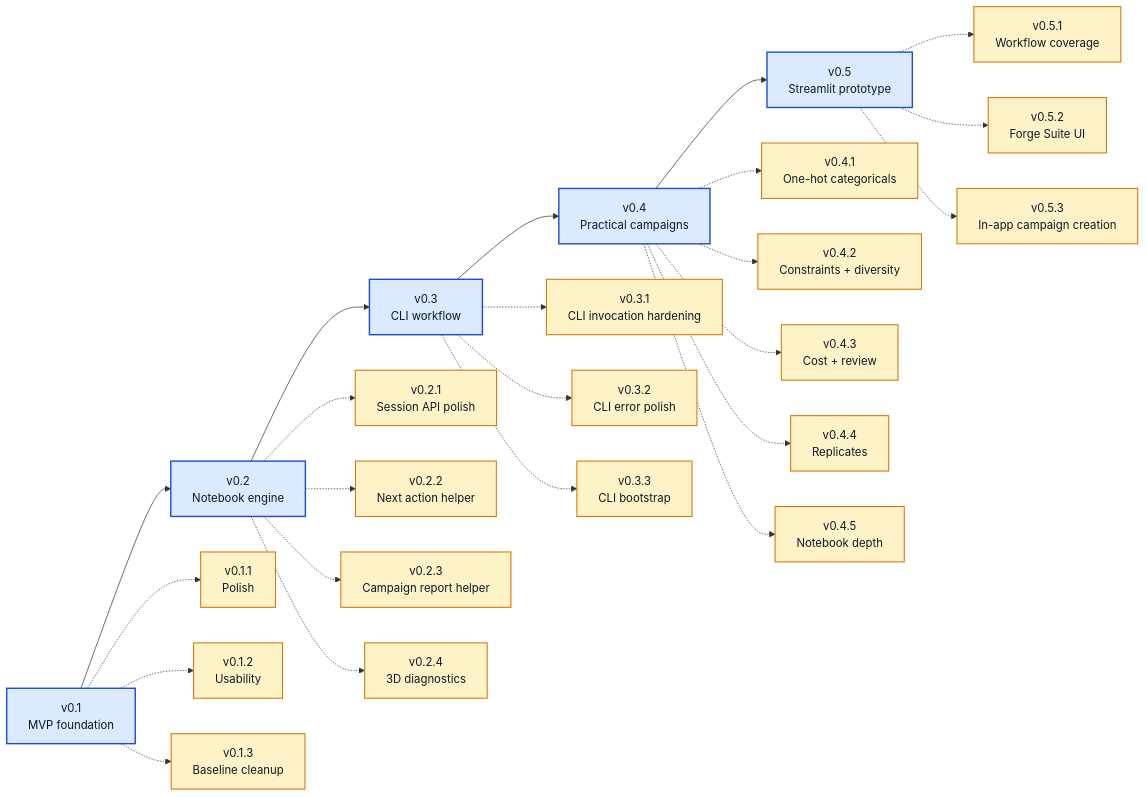
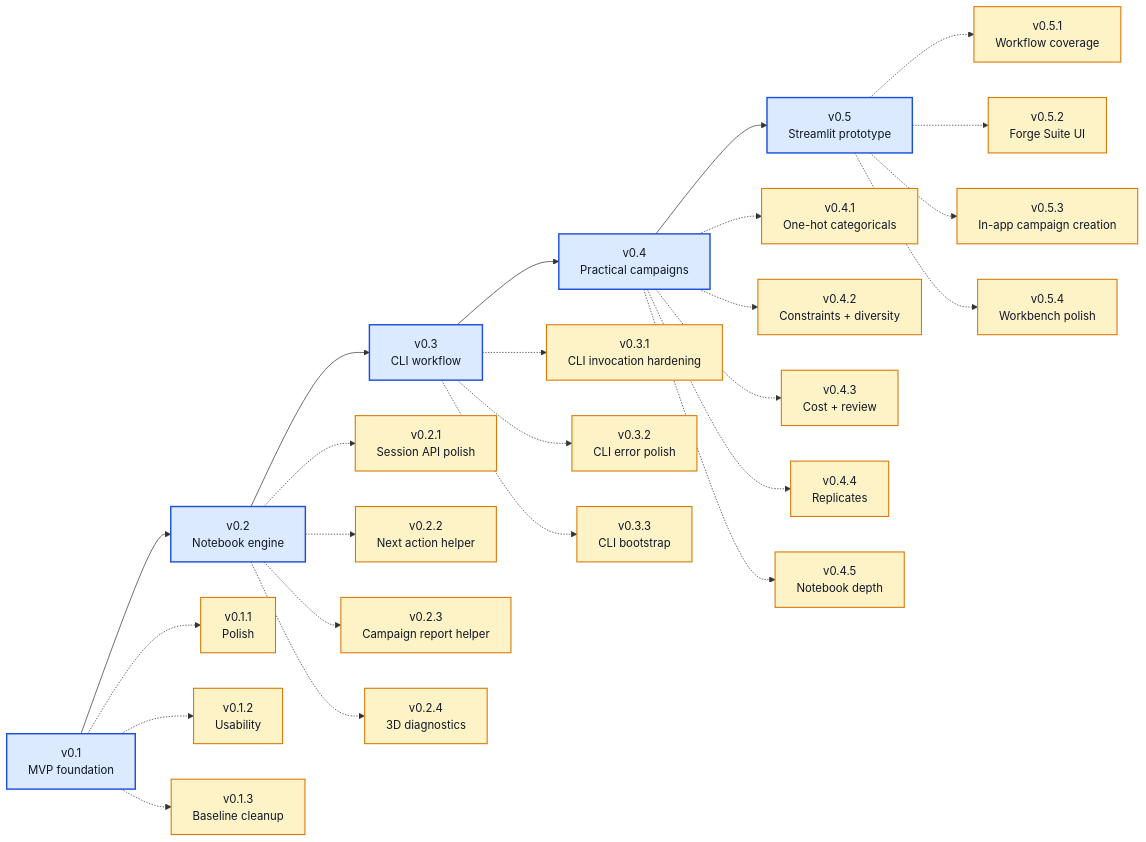
Before and after one commit to angzeli/bo-forge: the diagram in ROADMAP.md, drawn with Mermaid. The commit also changed other lines of this file and 13 other files, not shown here.

Commit message:
v0.5.4 update: workbench polish

````diff
--- a/ROADMAP.md
+++ b/ROADMAP.md
@@ -7,50 +7,52 @@
 ```mermaid
 flowchart LR
     v01["v0.1<br/>MVP foundation"] --> v02["v0.2<br/>Notebook engine"] --> v03["v0.3<br/>CLI workflow"] --> v04["v0.4<br/>Practical campaigns"] --> v05["v0.5<br/>Streamlit prototype"]
 
     v011["v0.1.1<br/>Polish"]
     v012["v0.1.2<br/>Usability"]
     v013["v0.1.3<br/>Baseline cleanup"]
     v021["v0.2.1<br/>Session API polish"]
     v022["v0.2.2<br/>Next action helper"]
     v023["v0.2.3<br/>Campaign report helper"]
     v024["v0.2.4<br/>3D diagnostics"]
     v031["v0.3.1<br/>CLI invocation hardening"]
     v032["v0.3.2<br/>CLI error polish"]
     v033["v0.3.3<br/>CLI bootstrap"]
     v041["v0.4.1<br/>One-hot categoricals"]
     v042["v0.4.2<br/>Constraints + diversity"]
     v043["v0.4.3<br/>Cost + review"]
     v044["v0.4.4<br/>Replicates"]
     v045["v0.4.5<br/>Notebook depth"]
     v051["v0.5.1<br/>Workflow coverage"]
     v052["v0.5.2<br/>Forge Suite UI"]
     v053["v0.5.3<br/>In-app campaign creation"]
+    v054["v0.5.4<br/>Workbench polish"]
     
     v01 -.-> v011
     v01 -.-> v012
     v01 -.-> v013
     v02 -.-> v021
     v02 -.-> v022
     v02 -.-> v023
     v02 -.-> v024
     v03 -.-> v031
     v03 -.-> v032
     v03 -.-> v033
     v04 -.-> v041
     v04 -.-> v042
     v04 -.-> v043
     v04 -.-> v044
     v04 -.-> v045
     v05 -.-> v051
     v05 -.-> v052
     v05 -.-> v053
+    v05 -.-> v054
     
     class v01,v02,v03,v04,v05 majorDone
-    class v011,v012,v013,v021,v022,v023,v024,v031,v032,v033,v041,v042,v043,v044,v045,v051,v052,v053 patchDone
+    class v011,v012,v013,v021,v022,v023,v024,v031,v032,v033,v041,v042,v043,v044,v045,v051,v052,v053,v054 patchDone
 
     classDef majorDone fill:#dbeafe,stroke:#1d4ed8,stroke-width:2px,color:#111827;
     classDef majorNext fill:#dcfce7,stroke:#16a34a,stroke-width:2px,color:#111827;
     classDef majorFuture fill:#f3f4f6,stroke:#6b7280,stroke-width:2px,color:#111827;
     classDef patchDone fill:#fef3c7,stroke:#d97706,stroke-width:1.5px,color:#111827;
 ```
````
